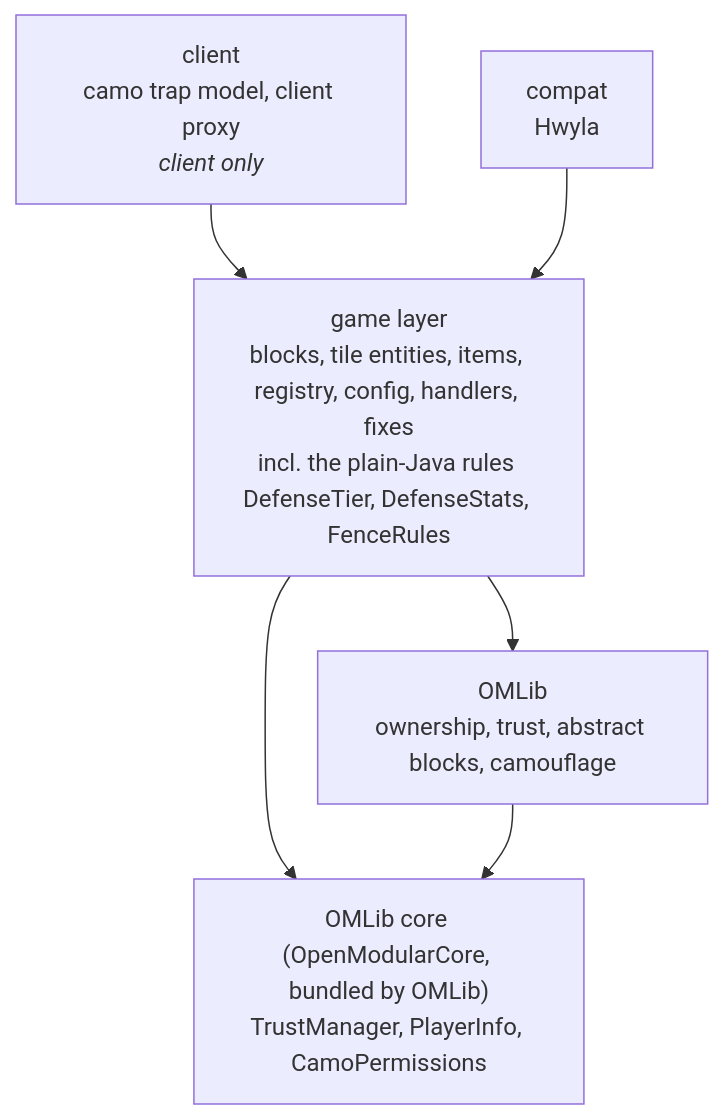
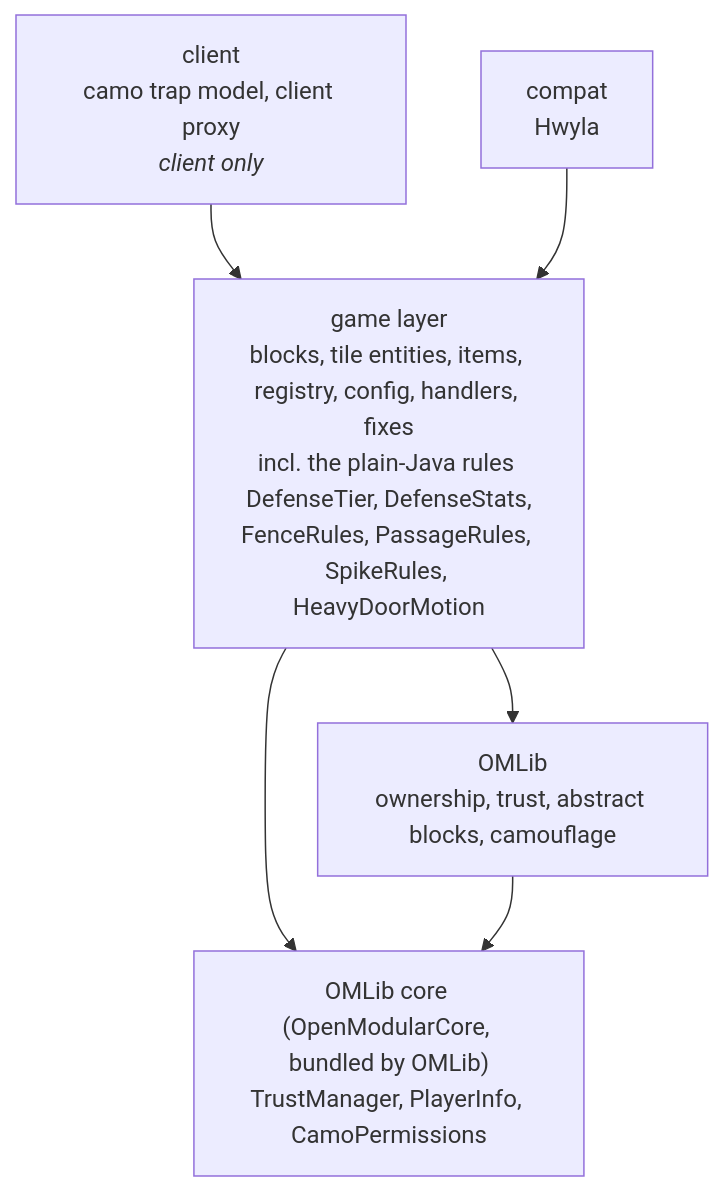
Before and after one commit to OpenModularTurretsTeam/OpenModularPassiveDefense: the diagram in docs/architecture.md, drawn with Mermaid. The commit also changed other lines of this file and 245 other files, not shown here.

````diff
--- a/docs/architecture.md
+++ b/docs/architecture.md
@@ -25,13 +25,13 @@
 ```mermaid
 flowchart TB
     client["client<br/>camo trap model, client proxy<br/><i>client only</i>"]
-    game["game layer<br/>blocks, tile entities, items, registry, config, handlers, fixes<br/>incl. the plain-Java rules DefenseTier, DefenseStats, FenceRules"]
+    game["game layer<br/>blocks, tile entities, items, registry, config, handlers, fixes<br/>incl. the plain-Java rules DefenseTier, DefenseStats,<br/>FenceRules, PassageRules, SpikeRules, HeavyDoorMotion"]
     compat["compat<br/>Hwyla"]
     omlib["OMLib<br/>ownership, trust, abstract blocks, camouflage"]
     omlibcore["OMLib core (OpenModularCore, bundled by OMLib)<br/>TrustManager, PlayerInfo, CamoPermissions"]
     client --> game
     compat --> game
     game --> omlib
     game --> omlibcore
     omlib --> omlibcore
 ```
````
